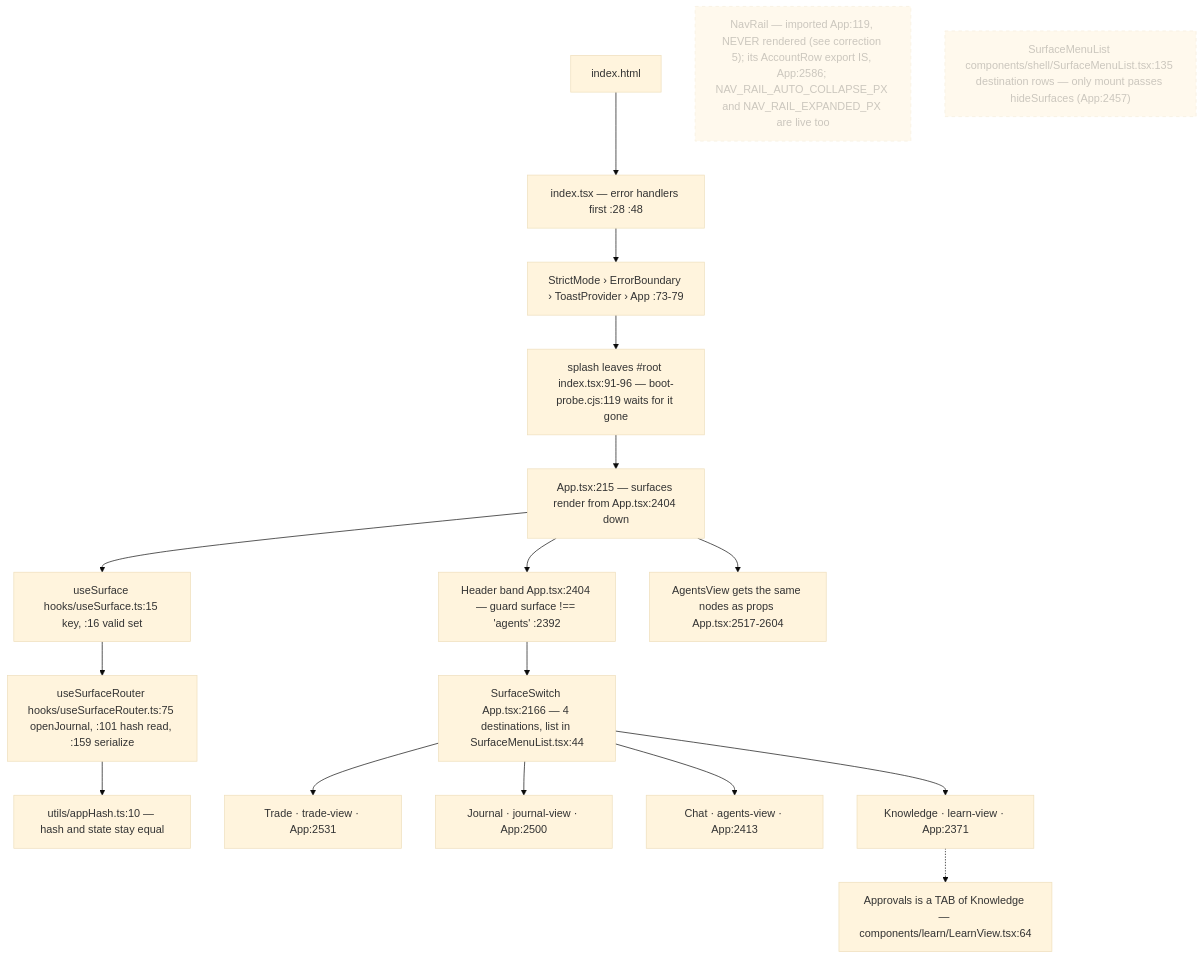
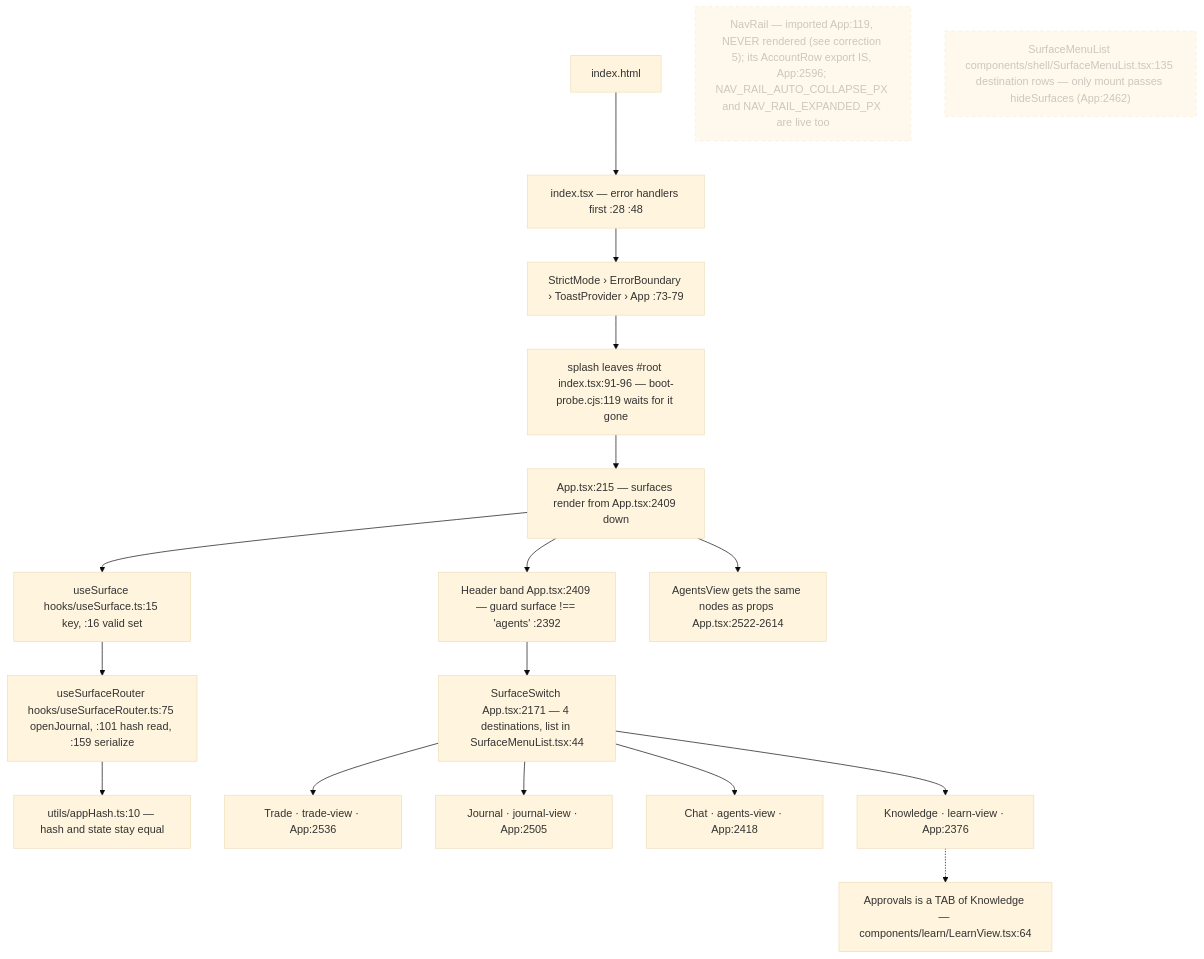
One commit to Acepay25/august-3.5 changed the first of 8 diagrams in docs/app-flow.md. Above: the diagram before and after it, drawn with Mermaid (base theme). The commit also changed other lines of this file and 43 other files, not shown here.

````diff
--- a/docs/app-flow.md
+++ b/docs/app-flow.md
@@ -49,21 +49,21 @@
 ```mermaid
 flowchart TD
     H["index.html"] --> I["index.tsx — error handlers first :28 :48"]
     I --> S["StrictMode › ErrorBoundary › ToastProvider › App :73-79"]
     S --> SP["splash leaves #root index.tsx:91-96 — boot-probe.cjs:119 waits for it gone"]
-    SP --> APP["App.tsx:215 — surfaces render from App.tsx:2404 down"]
+    SP --> APP["App.tsx:215 — surfaces render from App.tsx:2409 down"]
     APP --> US["useSurface hooks/useSurface.ts:15 key, :16 valid set"]
     US --> UR["useSurfaceRouter hooks/useSurfaceRouter.ts:75 openJournal, :101 hash read, :159 serialize"]
     UR --> HASH["utils/appHash.ts:10 — hash and state stay equal"]
-    APP --> HD["Header band App.tsx:2404 — guard surface !== 'agents' :2392"]
-    HD --> SW["SurfaceSwitch App.tsx:2166 — 4 destinations, list in SurfaceMenuList.tsx:44"]
-    APP --> AV["AgentsView gets the same nodes as props App.tsx:2517-2604"]
-    SW --> T["Trade · trade-view · App:2531"]
-    SW --> J["Journal · journal-view · App:2500"]
-    SW --> C["Chat · agents-view · App:2413"]
-    SW --> K["Knowledge · learn-view · App:2371"]
+    APP --> HD["Header band App.tsx:2409 — guard surface !== 'agents' :2392"]
+    HD --> SW["SurfaceSwitch App.tsx:2171 — 4 destinations, list in SurfaceMenuList.tsx:44"]
+    APP --> AV["AgentsView gets the same nodes as props App.tsx:2522-2614"]
+    SW --> T["Trade · trade-view · App:2536"]
+    SW --> J["Journal · journal-view · App:2505"]
+    SW --> C["Chat · agents-view · App:2418"]
+    SW --> K["Knowledge · learn-view · App:2376"]
     K -.-> AP["Approvals is a TAB of Knowledge — components/learn/LearnView.tsx:64"]
-    NR["NavRail — imported App:119, NEVER rendered (see correction 5); its AccountRow export IS, App:2586; NAV_RAIL_AUTO_COLLAPSE_PX and NAV_RAIL_EXPANDED_PX are live too"]:::dead
-    SM["SurfaceMenuList components/shell/SurfaceMenuList.tsx:135 destination rows — only mount passes hideSurfaces (App:2457)"]:::dead
+    NR["NavRail — imported App:119, NEVER rendered (see correction 5); its AccountRow export IS, App:2596; NAV_RAIL_AUTO_COLLAPSE_PX and NAV_RAIL_EXPANDED_PX are live too"]:::dead
+    SM["SurfaceMenuList components/shell/SurfaceMenuList.tsx:135 destination rows — only mount passes hideSurfaces (App:2462)"]:::dead
     classDef dead stroke-dasharray: 5 5,opacity:.5
 ```
````
